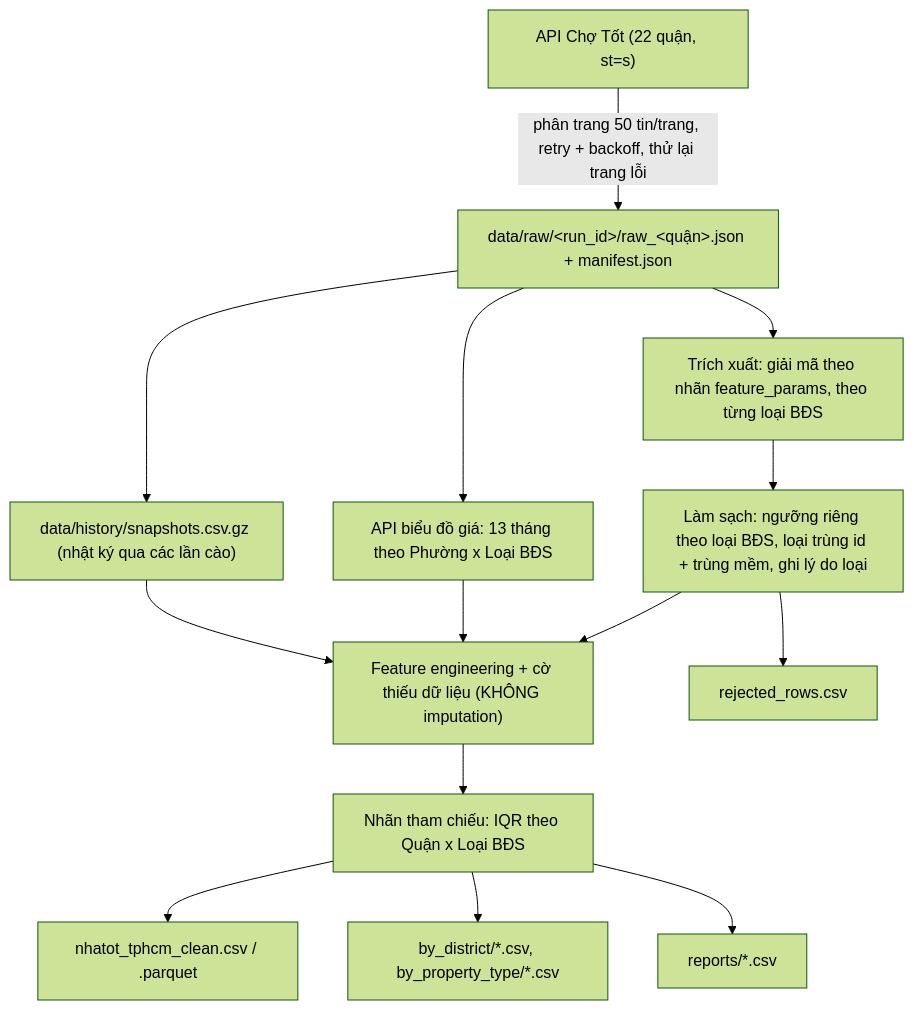
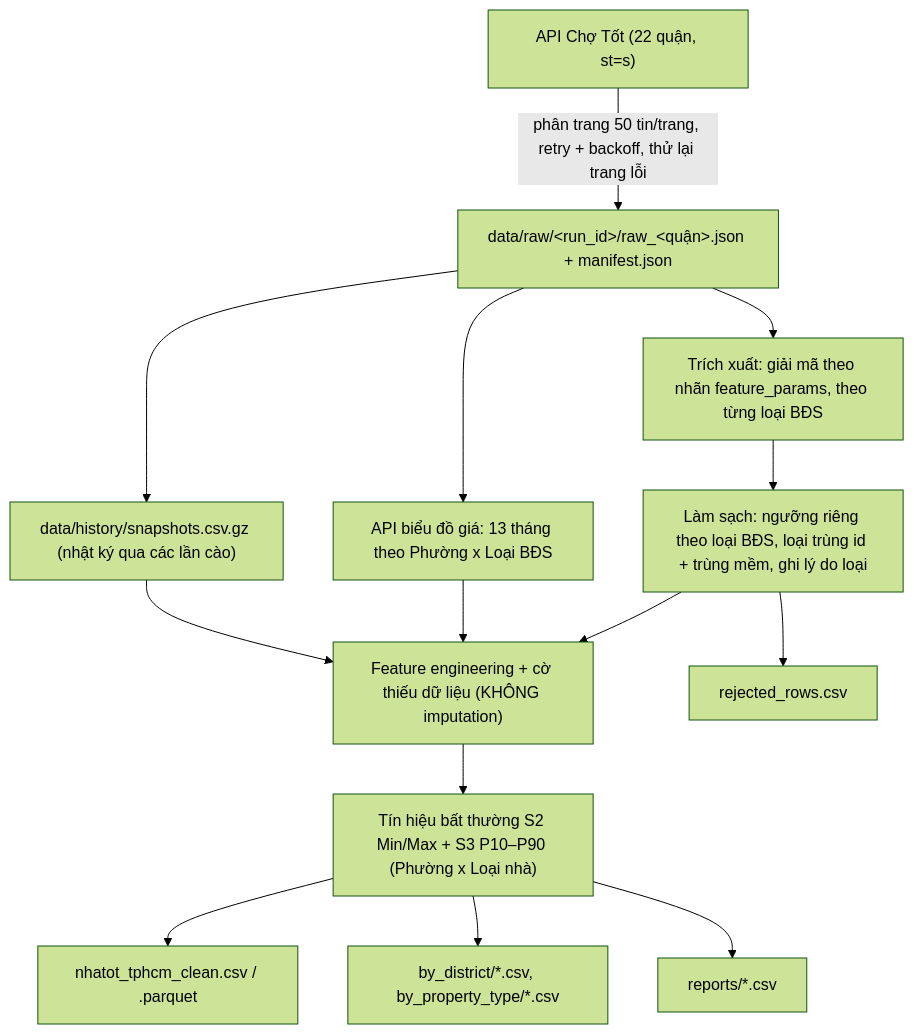
The diagram in BAO_CAO_TIEN_XU_LY.md (dqphong0302/chi-project), drawn with Mermaid (forest theme) before and after one commit. The commit also changed other lines of this file and 22 other files, not shown here.

````diff
--- a/BAO_CAO_TIEN_XU_LY.md
+++ b/BAO_CAO_TIEN_XU_LY.md
@@ -24,16 +25,16 @@
 ```mermaid
 flowchart TD
     A["API Chợ Tốt (22 quận, st=s)"] -->|"phân trang 50 tin/trang, retry + backoff, thử lại trang lỗi"| B["data/raw/&lt;run_id&gt;/raw_&lt;quận&gt;.json + manifest.json"]
     B --> S["data/history/snapshots.csv.gz (nhật ký qua các lần cào)"]
     B --> M["API biểu đồ giá: 13 tháng theo Phường x Loại BĐS"]
     M --> E
     B --> C["Trích xuất: giải mã theo nhãn feature_params, theo từng loại BĐS"]
     C --> D["Làm sạch: ngưỡng riêng theo loại BĐS, loại trùng id + trùng mềm, ghi lý do loại"]
     D --> E["Feature engineering + cờ thiếu dữ liệu (KHÔNG imputation)"]
     S --> E
-    E --> F["Nhãn tham chiếu: IQR theo Quận x Loại BĐS"]
+    E --> F["Tín hiệu bất thường S2 Min/Max + S3 P10–P90 (Phường x Loại nhà)"]
     F --> G["nhatot_tphcm_clean.csv / .parquet"]
     F --> H["by_district/*.csv, by_property_type/*.csv"]
     F --> I["reports/*.csv"]
     D --> R["rejected_rows.csv"]
 ```
````
